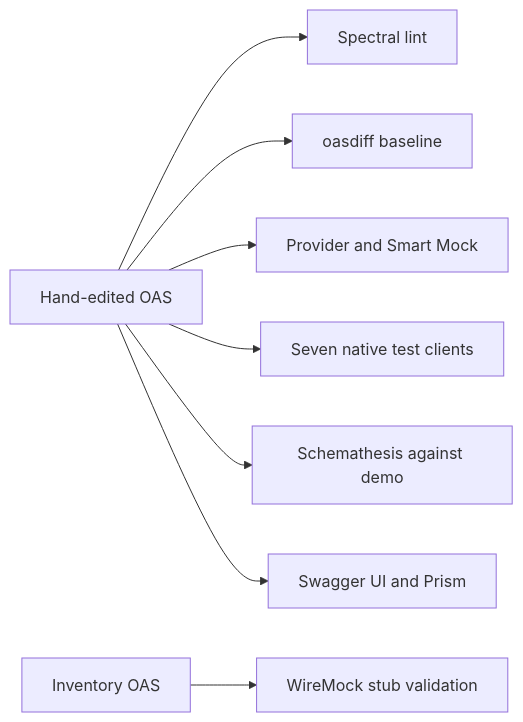
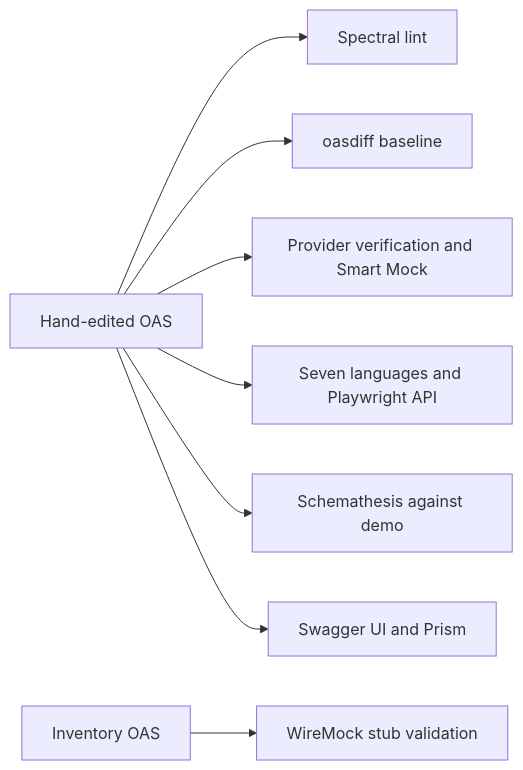
The diagram in ROADMAP.md (shoman2020/oas-polycontract), drawn with Mermaid before and after one commit. The commit also changed other lines of this file and 69 other files, not shown here.

````diff
--- a/ROADMAP.md
+++ b/ROADMAP.md
@@ -27,10 +27,10 @@
 ```mermaid
 flowchart LR
     OAS[Hand-edited OAS] --> Lint[Spectral lint]
     OAS --> Compat[oasdiff baseline]
-    OAS --> Specmatic[Provider and Smart Mock]
-    OAS --> Clients[Seven native test clients]
+    OAS --> Specmatic[Provider verification and Smart Mock]
+    OAS --> Clients[Seven languages and Playwright API]
     OAS --> Fuzz[Schemathesis against demo]
     OAS --> Debug[Swagger UI and Prism]
     Downstream[Inventory OAS] --> WireMock[WireMock stub validation]
 ```
````
